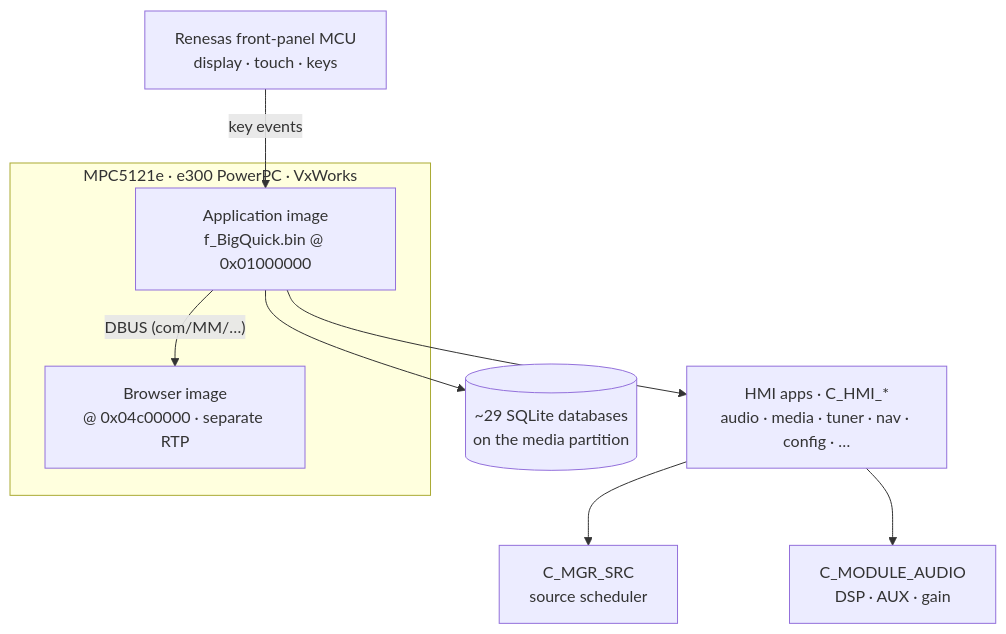
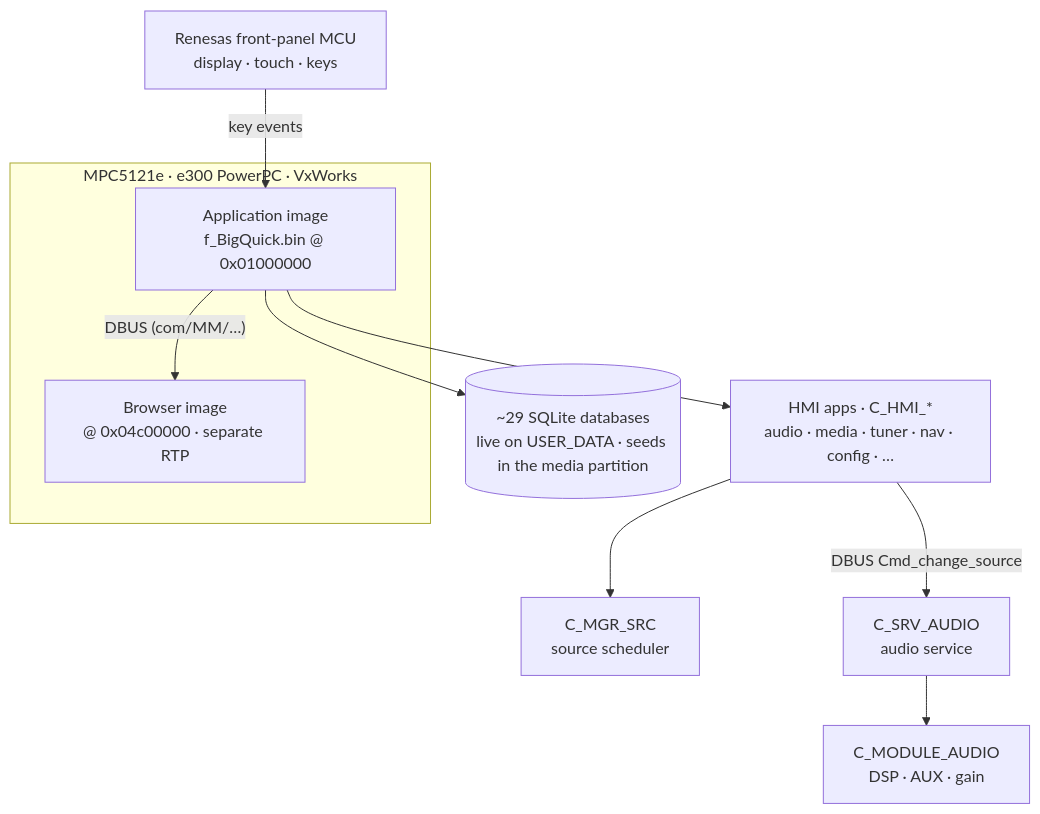
One commit to KRoperUK/smeg-plus-patches changed the diagram in docs/ARCHITECTURE.md. Above: the diagram before and after it, drawn with Mermaid. The commit also changed other lines of this file and 31 other files, not shown here.

````diff
--- a/docs/ARCHITECTURE.md
+++ b/docs/ARCHITECTURE.md
@@ -32,13 +34,14 @@
 ```mermaid
 flowchart TB
   subgraph SoC["MPC5121e · e300 PowerPC · VxWorks"]
     App["Application image<br/>f_BigQuick.bin @ 0x01000000"]
     Post["Browser image<br/>@ 0x04c00000 · separate RTP"]
   end
   Renesas["Renesas front-panel MCU<br/>display · touch · keys"] -->|key events| App
   App -->|"DBUS (com/MM/…)"| Post
   App --> HMI["HMI apps · C_HMI_*<br/>audio · media · tuner · nav · config · …"]
   HMI --> SRC["C_MGR_SRC<br/>source scheduler"]
-  HMI --> Audio["C_MODULE_AUDIO<br/>DSP · AUX · gain"]
-  App --> DB[("~29 SQLite databases<br/>on the media partition")]
+  HMI -->|"DBUS Cmd_change_source"| SRV["C_SRV_AUDIO<br/>audio service"]
+  SRV --> Audio["C_MODULE_AUDIO<br/>DSP · AUX · gain"]
+  App --> DB[("~29 SQLite databases<br/>live on USER_DATA · seeds in the media partition")]
 ```
````
